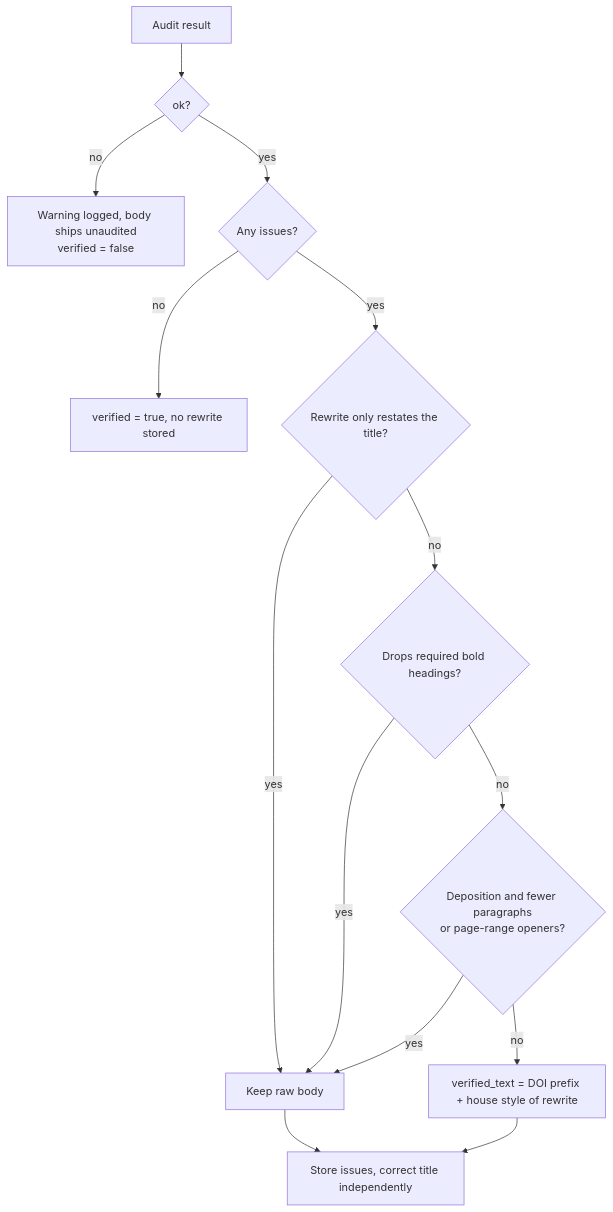
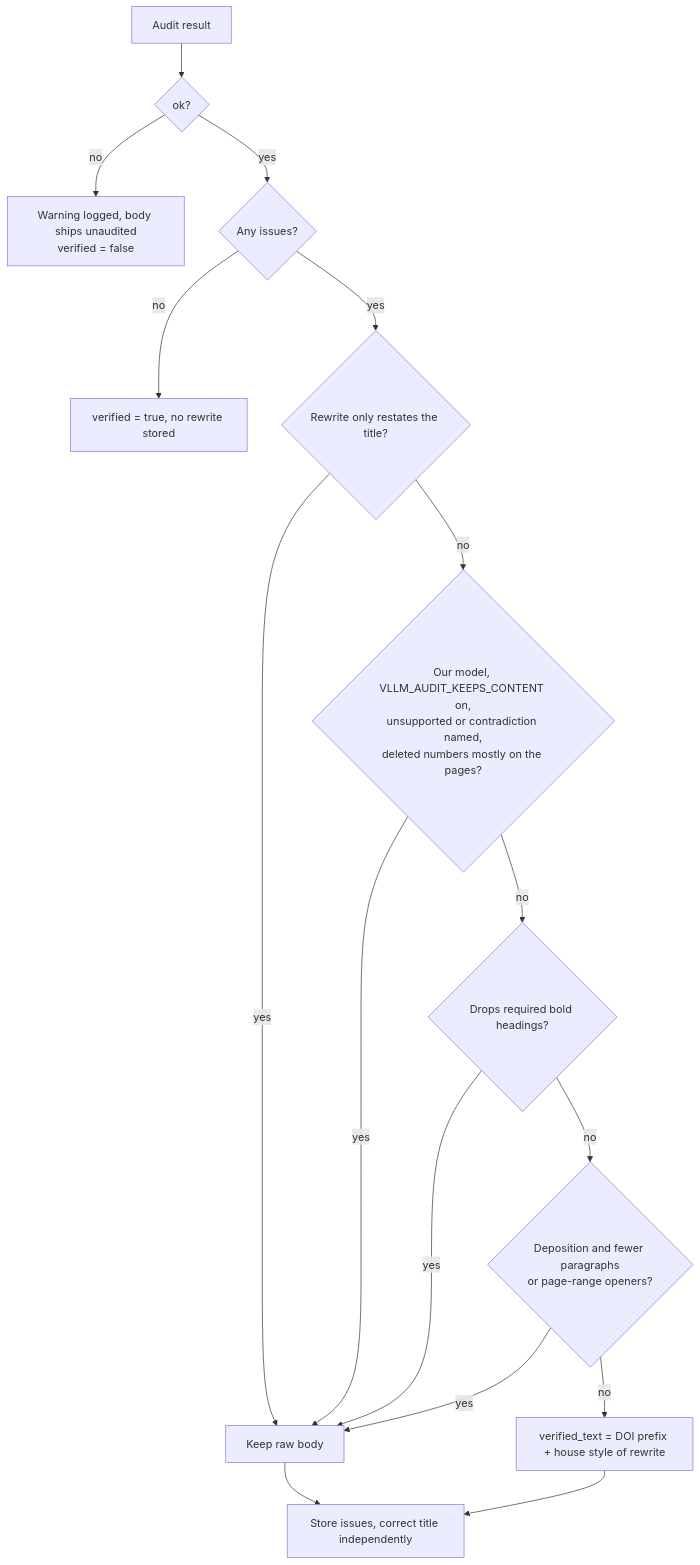
One commit to gesco-healthcare-support/ai-medical-record-review changed the second of 2 diagrams in docs/explanation/summarization.md. Above: the diagram before and after it, drawn with Mermaid. The commit also changed other lines of this file and 8 other files, not shown here.

First line of the commit message:
feat(summarize): our model's audit keeps content the pages support (#610)

````diff
--- a/docs/explanation/summarization.md
+++ b/docs/explanation/summarization.md
@@ -326,16 +326,18 @@
 ```mermaid
 flowchart TD
     A[Audit result] --> B{ok?}
     B -- no --> W[Warning logged, body ships unaudited<br/>verified = false]
     B -- yes --> C{Any issues?}
     C -- no --> V[verified = true, no rewrite stored]
     C -- yes --> D{Rewrite only restates the title?}
     D -- yes --> R[Keep raw body]
-    D -- no --> E{Drops required bold headings?}
+    D -- no --> K{Our model, VLLM_AUDIT_KEEPS_CONTENT on,<br/>unsupported or contradiction named,<br/>deleted numbers mostly on the pages?}
+    K -- yes --> R
+    K -- no --> E{Drops required bold headings?}
     E -- yes --> R
     E -- no --> F{Deposition and fewer paragraphs<br/>or page-range openers?}
     F -- yes --> R
     F -- no --> G[verified_text = DOI prefix + house style of rewrite]
     R --> T[Store issues, correct title independently]
     G --> T
 ```
````
